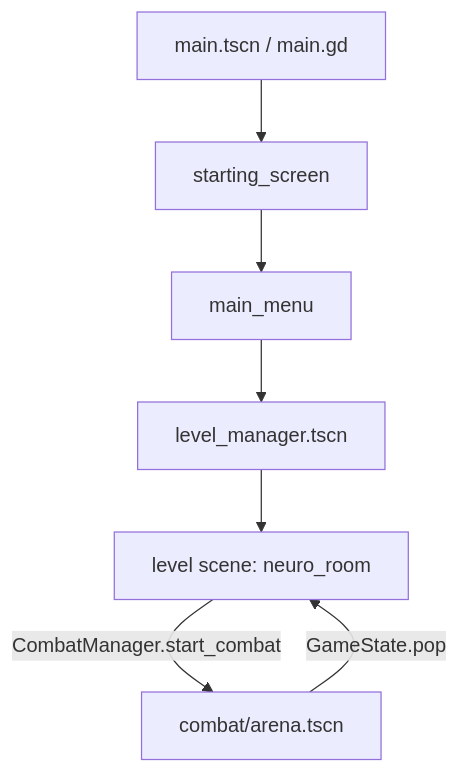
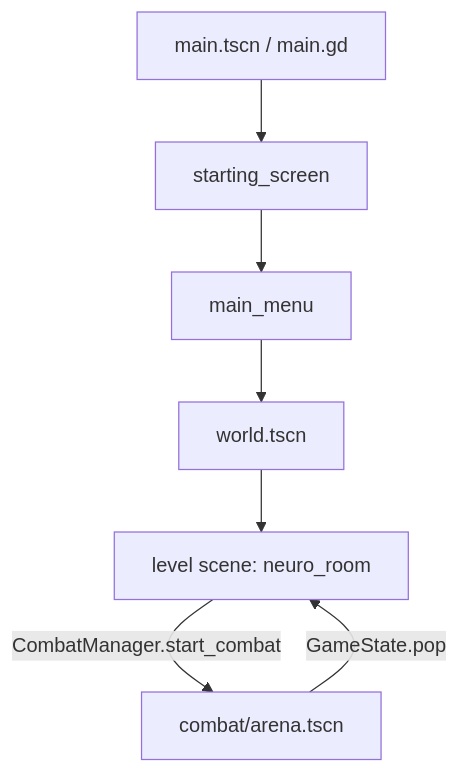
Before and after one commit to Team-Filtert/NeuroGEF: the diagram in doc/architecture.md, drawn with Mermaid. The commit also changed other lines of this file and 6 other files, not shown here.

````diff
--- a/doc/architecture.md
+++ b/doc/architecture.md
@@ -19,9 +19,9 @@
 ```mermaid
 flowchart TD
     Main[main.tscn / main.gd] --> Start[starting_screen]
     Start --> Menu[main_menu]
-    Menu --> World[level_manager.tscn]
+    Menu --> World[world.tscn]
     World --> Level[level scene: neuro_room]
     Level -->|CombatManager.start_combat| Arena[combat/arena.tscn]
     Arena -->|GameState.pop| Level
 ```
````
